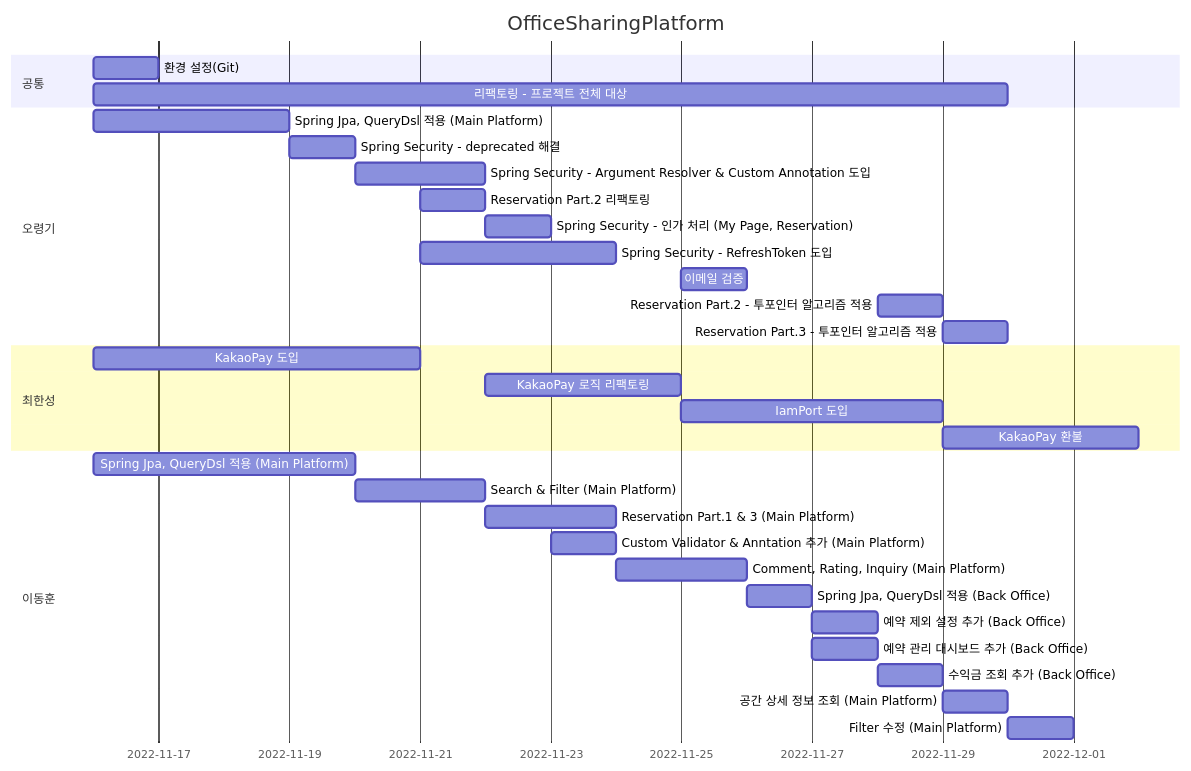
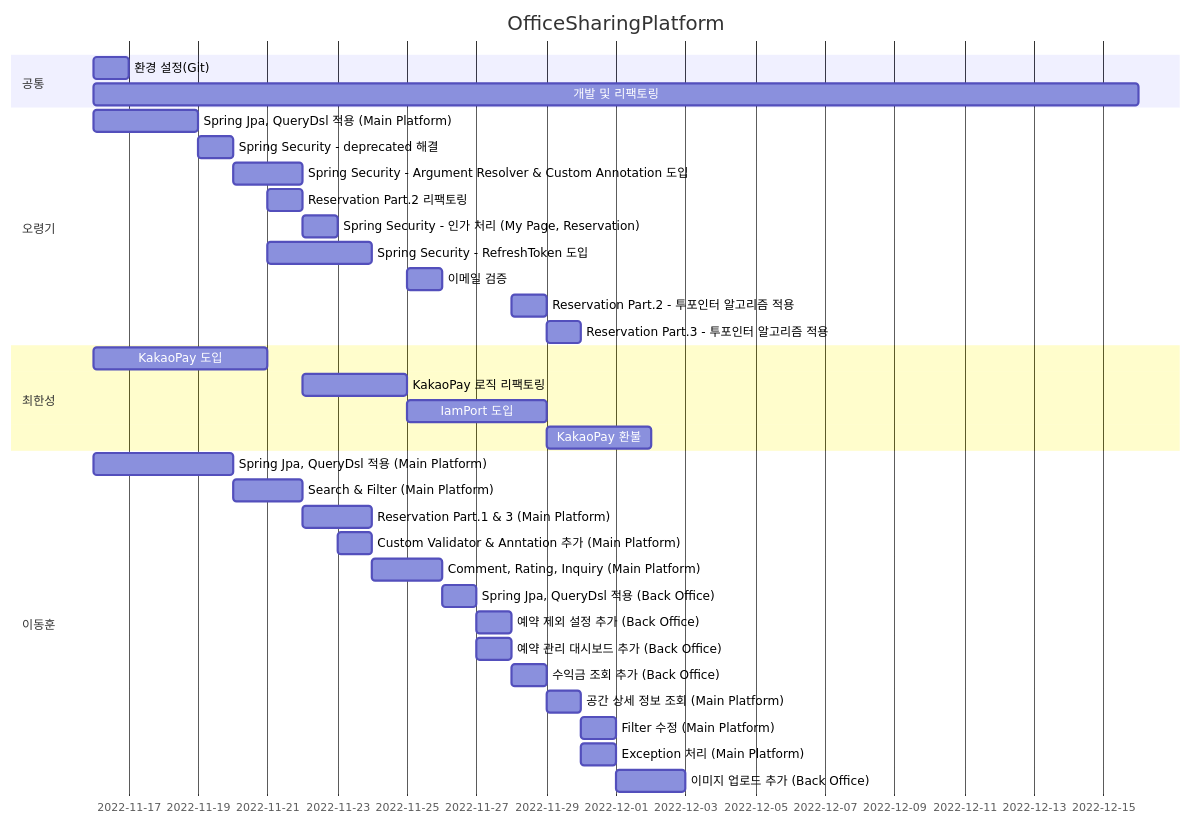
Before and after one commit to Hell-O-Demon-World/PlaceSharingPlatformBETest: the diagram in README.md, drawn with Mermaid. The commit also changed 22 other files, not shown here.

````diff
--- a/README.md
+++ b/README.md
@@ -11,41 +11,43 @@
 ```mermaid
 gantt
 dateFormat MM-DD
 title OfficeSharingPlatform
 
     section 공통
     환경 설정(Git)             :chap1, 11-16, 1d
-    리팩토링 - 프로젝트 전체 대상   :chap2, 11-16, 11-30
+    개발 및 리팩토링             :chap2, 11-16, 12-16
 
     section 오령기
     Spring Jpa, QueryDsl 적용 (Main Platform)                     : chap1, 11-16, 3d
     Spring Security - deprecated 해결                             : chap2, 11-19, 1d
     Spring Security - Argument Resolver & Custom Annotation 도입  : chap3, 11-20, 2d
     Reservation Part.2 리팩토링                                    : chap4, 11-21, 1d
     Spring Security -  인가 처리 (My Page, Reservation)            : chap5, 11-22, 1d
     Spring Security - RefreshToken 도입                           : chap6, 11-21, 3d
     이메일 검증                                                     : chap7, 11-25, 1d
     Reservation Part.2 - 투포인터 알고리즘 적용                        : chap8, 11-28, 1d
     Reservation Part.3 - 투포인터 알고리즘 적용                        : chap8, 11-29, 1d
 
     section 최한성
     KakaoPay 도입        : chap1, 11-16, 5d
     KakaoPay 로직 리팩토링 : chap2, 11-22, 3d
     IamPort 도입         : chap3, 11-25, 4d
     KakaoPay 환불        : chap4, 11-29, 3d
     
     section 이동훈
     Spring Jpa, QueryDsl 적용 (Main Platform)         : chap1, 11-16, 4d
     Search & Filter (Main Platform)                  : chap2, 11-20, 2d
     Reservation Part.1 & 3 (Main Platform)           : chap3, 11-22, 2d
     Custom Validator & Anntation 추가 (Main Platform) : chap4, 11-23, 1d
     Comment, Rating, Inquiry (Main Platform)         : chap5, 11-24, 2d
     Spring Jpa, QueryDsl 적용 (Back Office)           : chap6, 11-26, 1d
     예약 제외 설정 추가 (Back Office)                     : chap7, 11-27, 1d
     예약 관리 대시보드 추가 (Back Office)                  : chap8, 11-27, 1d
     수익금 조회 추가 (Back Office)                       : chap9, 11-28, 1d
     공간 상세 정보 조회 (Main Platform)                   : chap10, 11-29, 1d
     Filter 수정 (Main Platform)                       : chap11, 11-30, 1d
+    Exception 처리 (Main Platform)                    : chap12, 11-30, 1d
+    이미지 업로드 추가 (Back Office)                      : chap13, 12-01, 2d
 
 
 ```
````
